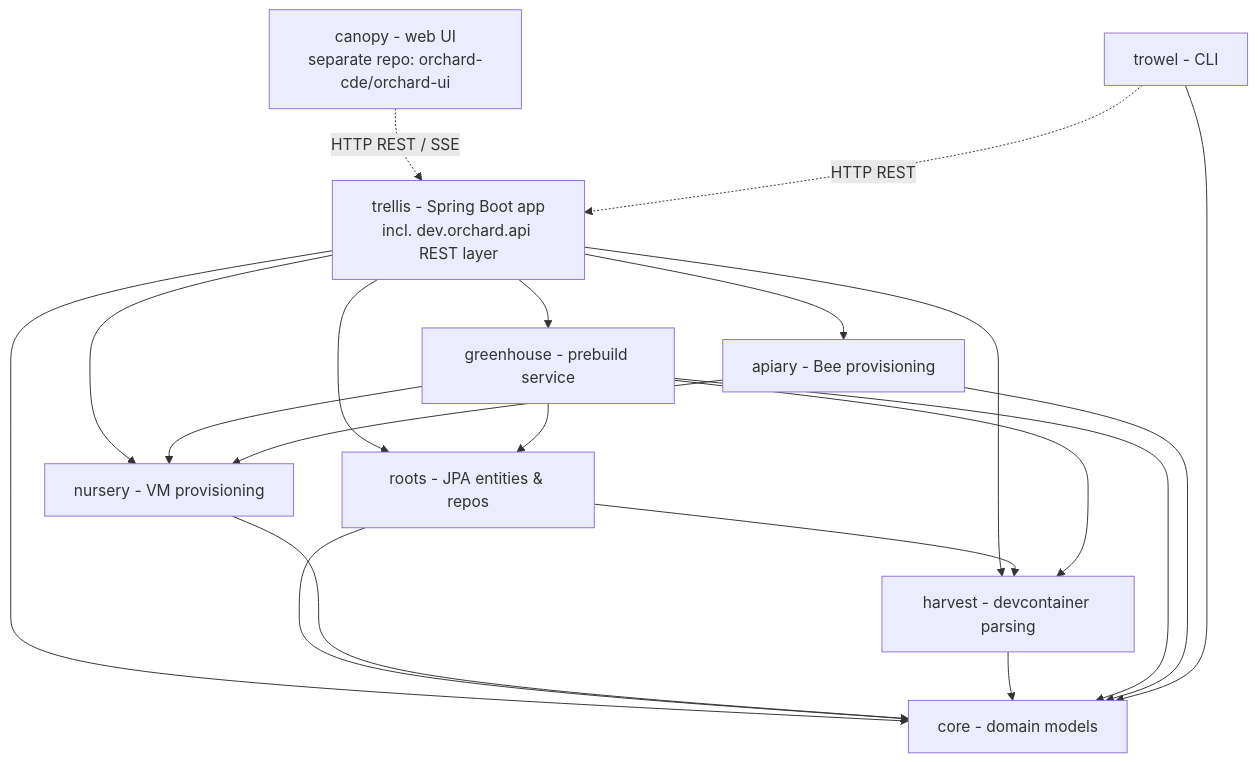
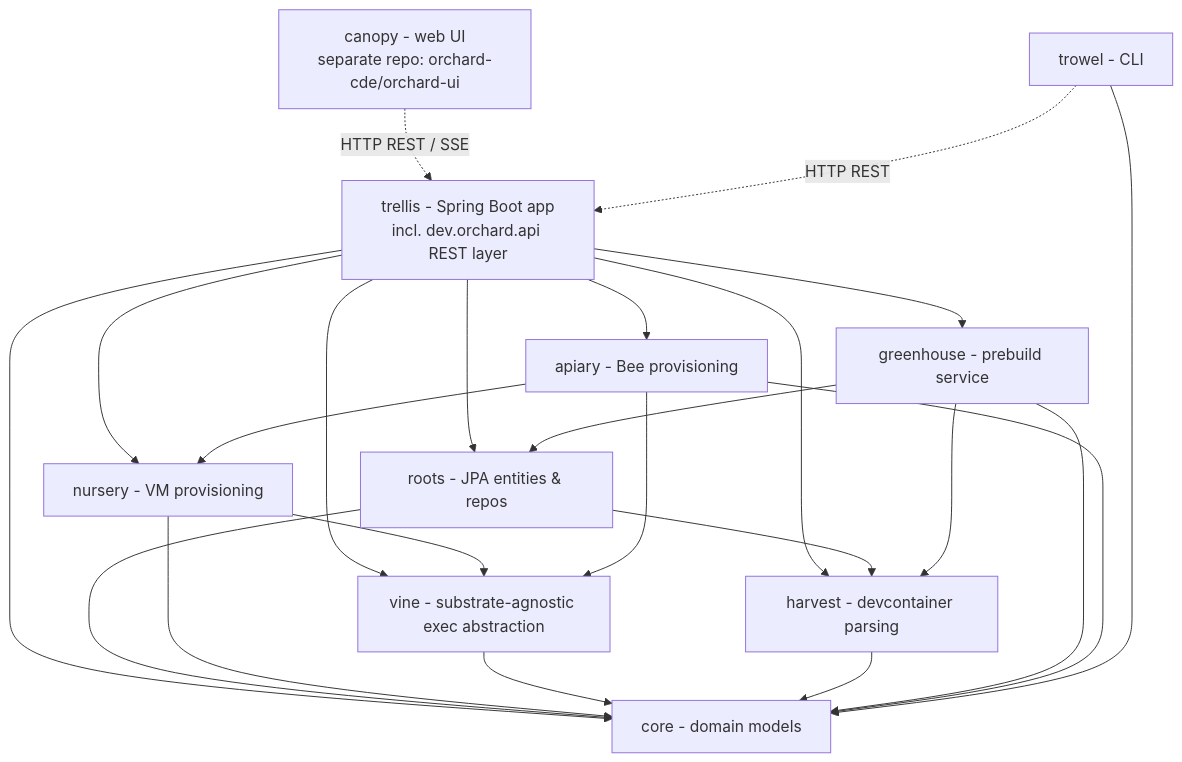
One commit to orchard-cde/orchard changed the first of 6 diagrams in docs/architecture/bee-architecture.md. Above: the diagram before and after it, drawn with Mermaid. The commit also changed other lines of this file and 60 other files, not shown here.

First line of the commit message:
refactor: extract :vine exec seam and GroveProvider (#86 stage 1) (#224)

````diff
--- a/docs/architecture/bee-architecture.md
+++ b/docs/architecture/bee-architecture.md
@@ -20,36 +20,40 @@
 ```mermaid
 graph TD
     trellis[trellis - Spring Boot app<br/>incl. dev.orchard.api REST layer]
     roots[roots - JPA entities & repos]
     nursery[nursery - VM provisioning]
+    vine[vine - substrate-agnostic exec abstraction]
     harvest[harvest - devcontainer parsing]
     greenhouse[greenhouse - prebuild service]
     core[core - domain models]
     trowel[trowel - CLI]
     canopy[canopy - web UI<br/>separate repo: orchard-cde/orchard-ui]
     apiary[apiary - Bee provisioning]
 
     trellis --> core
     trellis --> roots
     trellis --> nursery
+    trellis --> vine
     trellis --> harvest
     trellis --> greenhouse
     trellis --> apiary
 
     roots --> core
     roots --> harvest
     nursery --> core
+    nursery --> vine
+    vine --> core
     harvest --> core
     greenhouse --> core
     greenhouse --> roots
     greenhouse --> harvest
-    greenhouse --> nursery
 
     apiary --> core
     apiary --> nursery
+    apiary --> vine
 
     trowel --> core
 
     canopy -. "HTTP REST / SSE" .-> trellis
     trowel -. "HTTP REST" .-> trellis
 ```
````
